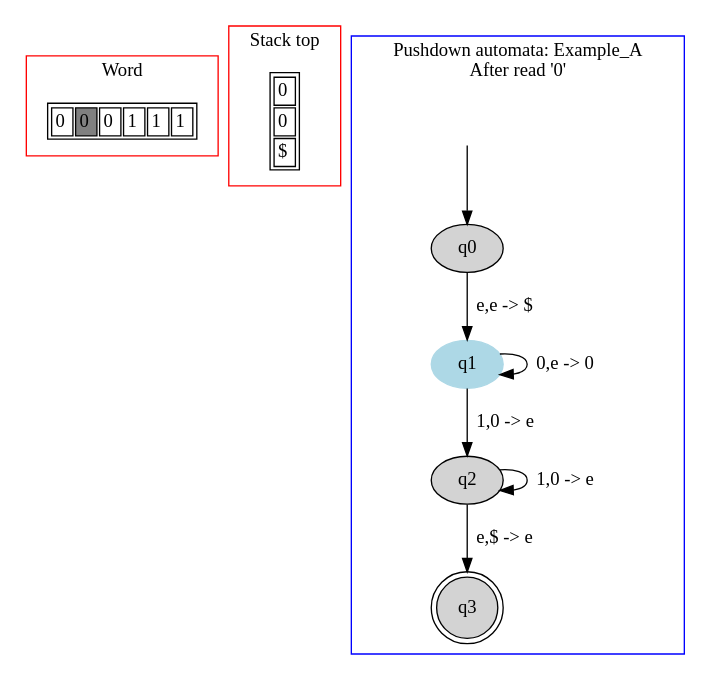
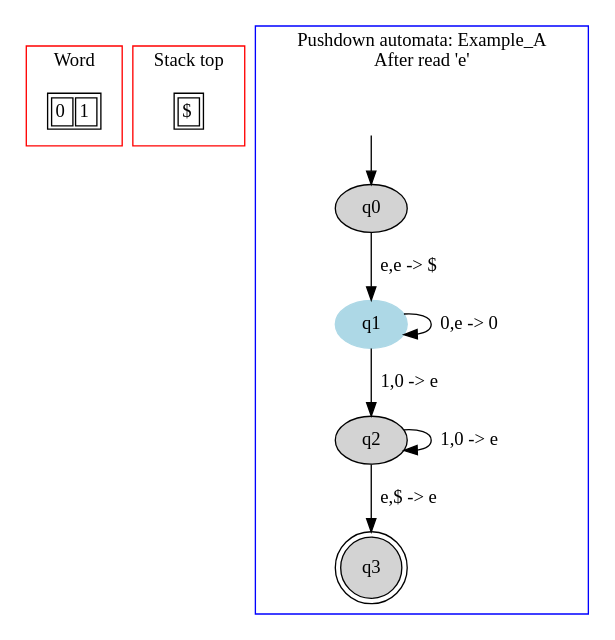
One commit to danielScLima/pushdown_automata changed the diagram in PA/images/file2.dot. Above: the diagram before and after it, drawn with Graphviz. The commit also changed 18 other files, not shown here.

```diff
--- a/PA/images/file2.dot
+++ b/PA/images/file2.dot
@@ -1,55 +1,43 @@
 digraph G {
 	subgraph cluster_0 {
 		node [shape=plaintext];
 
 struct1 [label=<<TABLE>
 <TR>
 <TD><FONT>0</FONT></TD>
-<TD BGCOLOR="gray"><FONT>0</FONT></TD>
-<TD><FONT>0</FONT></TD>
-<TD><FONT>1</FONT></TD>
-<TD><FONT>1</FONT></TD>
 <TD><FONT>1</FONT></TD>
 </TR>
 </TABLE>>];
 label = "Word";
 color=red;
 }
 	subgraph cluster_2 {
 		node [shape=plaintext];
 
 struct2 [label=<<TABLE>
 <TR>
 <TD>
-0</TD>
-</TR>
-<TR>
-<TD>
-0</TD>
-</TR>
-<TR>
-<TD>
 $</TD>
 </TR>
 </TABLE>>];
 label = "Stack top";
 color=red;
 }
 	subgraph cluster_1 {
 		node [style=filled];
 		label = "Pushdown automata: Example_A
-After read '0'"
+After read 'e'"
 		color=blue;
 
 		q0;
 		q1 [color="lightblue"];
 		q2;
 		q3 [shape="doublecircle"];
 		q0->q1[label="e,e -> $"];
 		q1->q1[label="0,e -> 0"];
 		q1->q2[label="1,0 -> e"];
 		q2->q2[label="1,0 -> e"];
 		q2->q3[label="e,$ -> e"];
 x [color=white, label=""];		x->q0	}
 
 }
```
